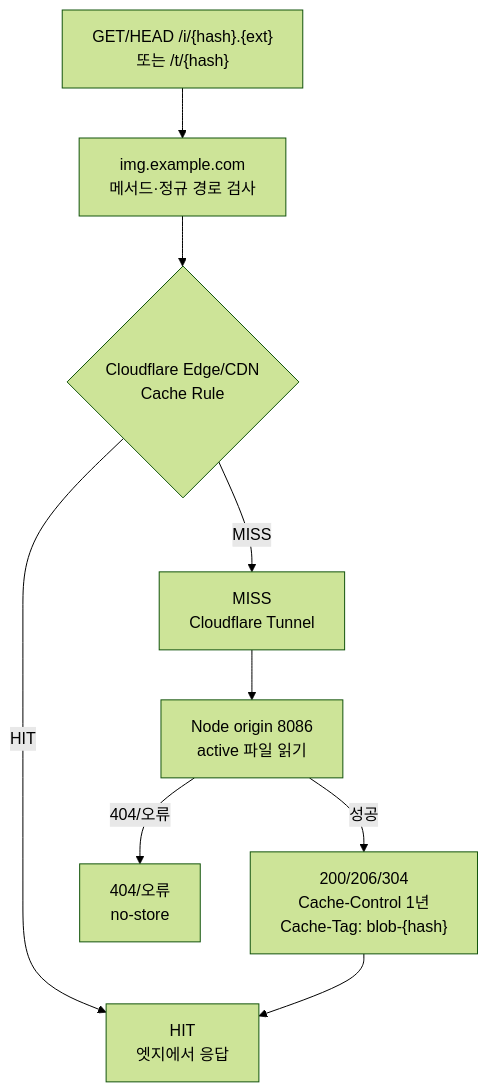
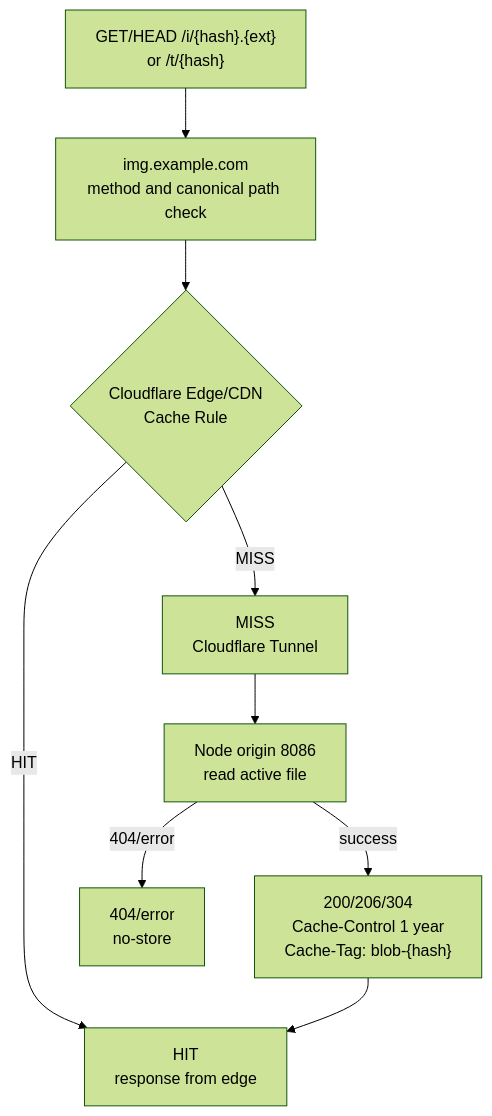
Before and after one commit to octopus7/meme: the second of 4 diagrams in docs/architecture.md, drawn with Mermaid (forest theme). The commit also changed other lines of this file and 23 other files, not shown here.

````diff
--- a/docs/architecture.md
+++ b/docs/architecture.md
@@ -53,17 +47,17 @@
 ```mermaid
 flowchart TD
-    Q["GET/HEAD /i/{hash}.{ext}<br/>또는 /t/{hash}"]
-    R["img.example.com<br/>메서드·정규 경로 검사"]
+    Q["GET/HEAD /i/{hash}.{ext}<br/>or /t/{hash}"]
+    R["img.example.com<br/>method and canonical path check"]
     C{"Cloudflare Edge/CDN<br/>Cache Rule"}
-    H["HIT<br/>엣지에서 응답"]
+    H["HIT<br/>response from edge"]
     V["MISS<br/>Cloudflare Tunnel"]
-    O["Node origin 8086<br/>active 파일 읽기"]
-    E["200/206/304<br/>Cache-Control 1년<br/>Cache-Tag: blob-{hash}"]
-    N["404/오류<br/>no-store"]
+    O["Node origin 8086<br/>read active file"]
+    E["200/206/304<br/>Cache-Control 1 year<br/>Cache-Tag: blob-{hash}"]
+    N["404/error<br/>no-store"]
 
     Q --> R --> C
     C -->|"HIT"| H
     C -->|"MISS"| V --> O
-    O -->|"성공"| E --> H
-    O -->|"404/오류"| N
+    O -->|"success"| E --> H
+    O -->|"404/error"| N
 ```
````
